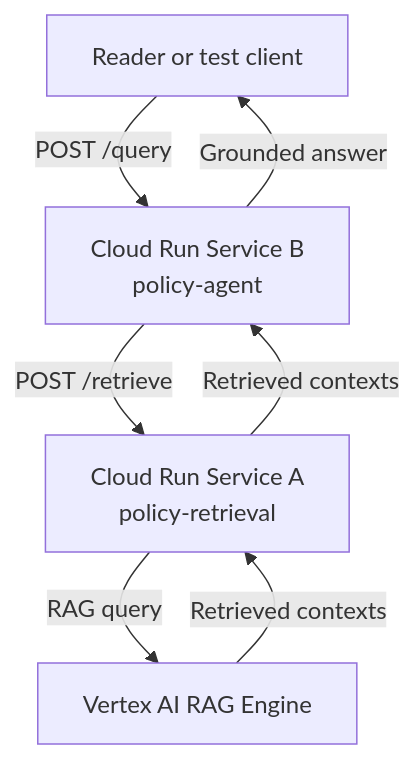
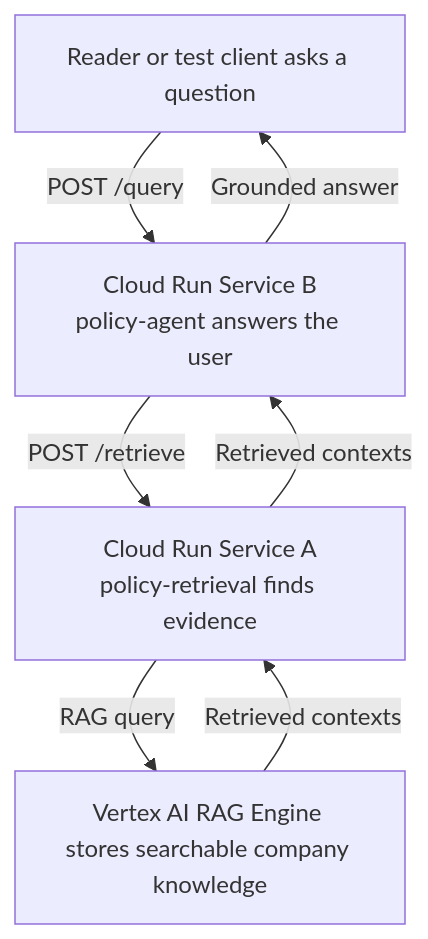
The diagram in workflow/05-end-to-end-cloud-run.md (mohitagr18/ch10-cloud-agent-patterns), drawn with Mermaid before and after one commit. The commit also changed other lines of this file, not shown here.

````diff
--- a/workflow/05-end-to-end-cloud-run.md
+++ b/workflow/05-end-to-end-cloud-run.md
@@ -11,9 +13,9 @@
 ```mermaid
 flowchart TD
-    A[Reader or test client] -->|POST /query| B[Cloud Run Service B\npolicy-agent]
-    B -->|POST /retrieve| C[Cloud Run Service A\npolicy-retrieval]
-    C -->|RAG query| D[Vertex AI RAG Engine]
+    A[Reader or test client asks a question] -->|POST /query| B[Cloud Run Service B\npolicy-agent answers the user]
+    B -->|POST /retrieve| C[Cloud Run Service A\npolicy-retrieval finds evidence]
+    C -->|RAG query| D[Vertex AI RAG Engine stores searchable company knowledge]
     D -->|Retrieved contexts| C
     C -->|Retrieved contexts| B
     B -->|Grounded answer| A
 ```
````
